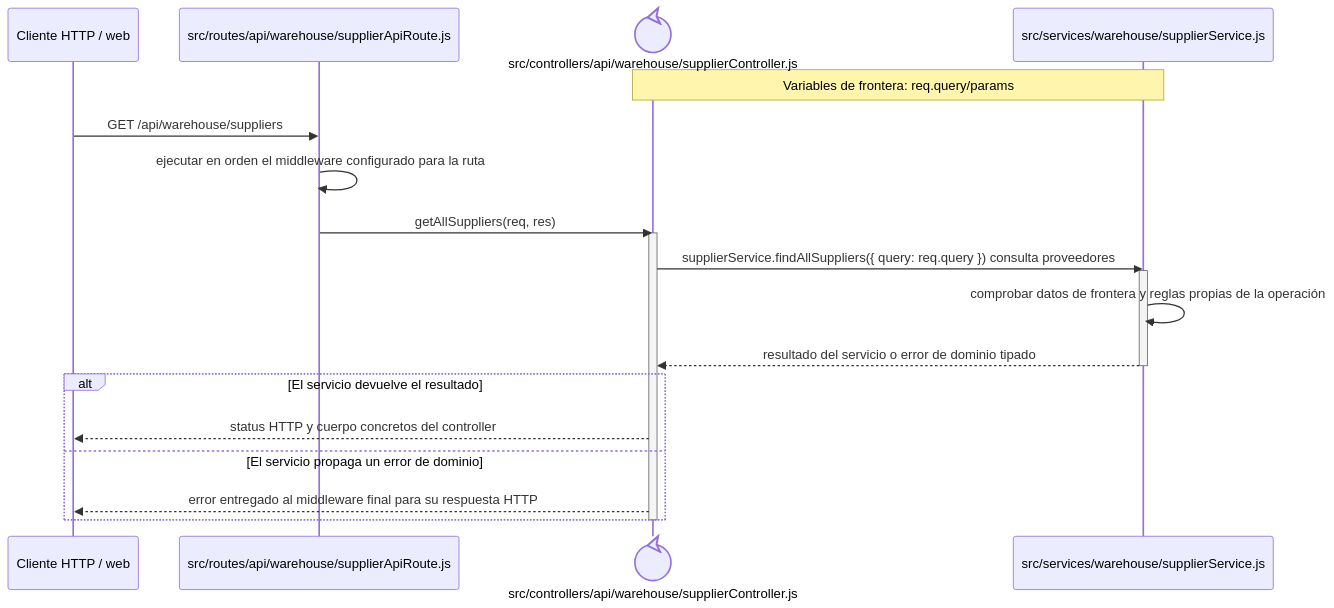
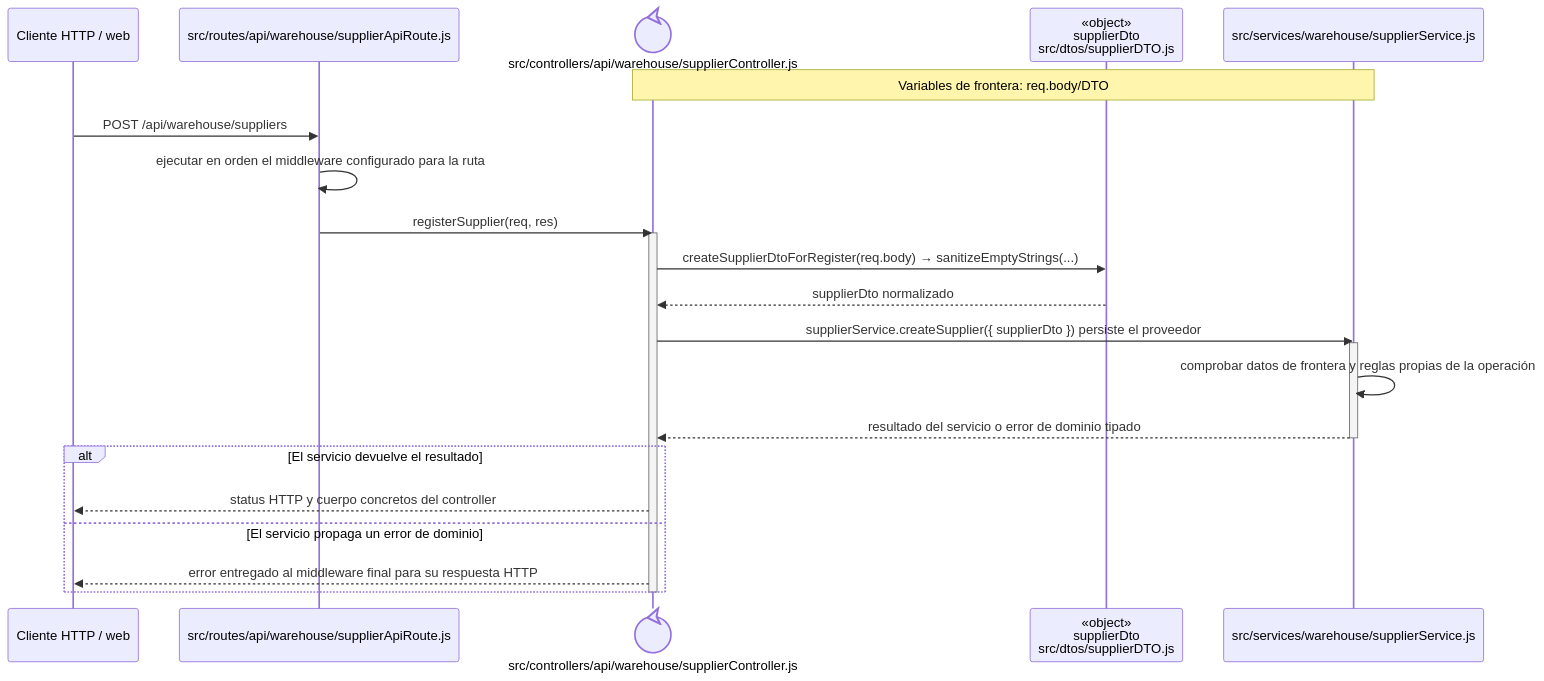
Before and after one commit to gpgsistemas01/nexus: the diagram in docs/architecture/backend-code-sequences/catalogs/cu-cat-10.md, drawn with Mermaid. The commit also changed other lines of this file and 207 other files, not shown here.

````diff
--- a/docs/architecture/backend-code-sequences/catalogs/cu-cat-10.md
+++ b/docs/architecture/backend-code-sequences/catalogs/cu-cat-10.md
@@ -6,24 +6,27 @@
 ```mermaid
 sequenceDiagram
     participant Client as Cliente HTTP / web
     participant Route as src/routes/api/warehouse/supplierApiRoute.js
     participant Controller@{ "type": "control" } as src/controllers/api/warehouse/supplierController.js
+    participant SupplierDto as «object»<br/>supplierDto<br/>src/dtos/supplierDTO.js
     participant Domain as src/services/warehouse/supplierService.js
-    Note over Controller,Domain: Variables de frontera: req.query/params
+    Note over Controller,Domain: Variables de frontera: req.body/DTO
 
-    Client->>Route: GET /api/warehouse/suppliers
+    Client->>Route: POST /api/warehouse/suppliers
     Route->>Route: ejecutar en orden el middleware configurado para la ruta
-    Route->>Controller: getAllSuppliers(req, res)
+    Route->>Controller: registerSupplier(req, res)
     activate Controller
-    Controller->>Domain: supplierService.findAllSuppliers({ query: req.query }) consulta proveedores
+    Controller->>SupplierDto: createSupplierDtoForRegister(req.body) → sanitizeEmptyStrings(...)
+    SupplierDto-->>Controller: supplierDto normalizado
+    Controller->>Domain: supplierService.createSupplier({ supplierDto }) persiste el proveedor
     activate Domain
     Domain->>Domain: comprobar datos de frontera y reglas propias de la operación
     Domain-->>Controller: resultado del servicio o error de dominio tipado
     deactivate Domain
     alt El servicio devuelve el resultado
         Controller-->>Client: status HTTP y cuerpo concretos del controller
     else El servicio propaga un error de dominio
         Controller-->>Client: error entregado al middleware final para su respuesta HTTP
     end
     deactivate Controller
 ```
````
